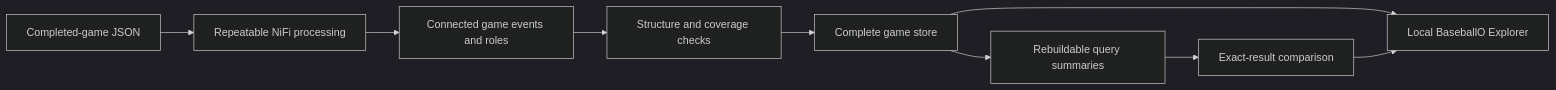
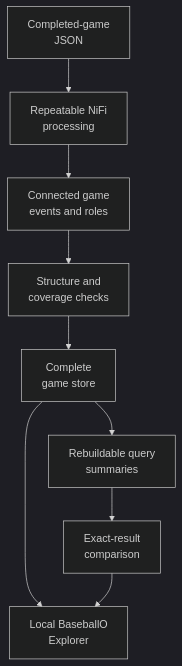
One commit to CarterBeauBenson/BaseballO changed the first of 2 diagrams in README.md. Above: the diagram before and after it, drawn with Mermaid (dark theme). The commit also changed other lines of this file, not shown here.

Commit message:
Fix README Mermaid label wrapping

````diff
--- a/README.md
+++ b/README.md
@@ -125,11 +125,11 @@
 ```mermaid
-flowchart LR
-    A["Completed-game JSON"] --> B["Repeatable NiFi processing"]
-    B --> C["Connected game events and roles"]
-    C --> D["Structure and coverage checks"]
-    D --> E["Complete game store"]
-    E --> F["Local BaseballO Explorer"]
-    E --> G["Rebuildable query summaries"]
-    G --> H["Exact-result comparison"]
+flowchart TD
+    A["Completed-game<br/>JSON"] --> B["Repeatable NiFi<br/>processing"]
+    B --> C["Connected game<br/>events and roles"]
+    C --> D["Structure and<br/>coverage checks"]
+    D --> E["Complete<br/>game store"]
+    E --> F["Local BaseballO<br/>Explorer"]
+    E --> G["Rebuildable query<br/>summaries"]
+    G --> H["Exact-result<br/>comparison"]
     H --> F
 ```
````
